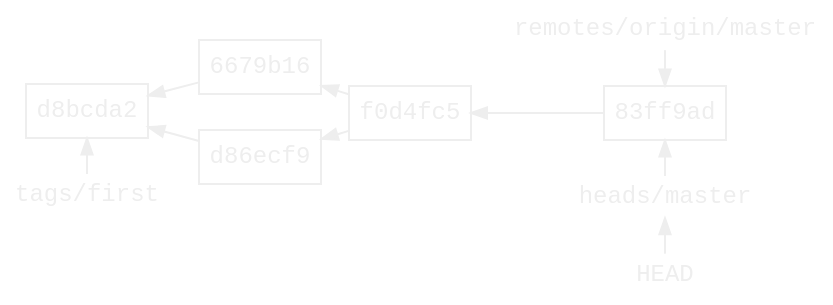
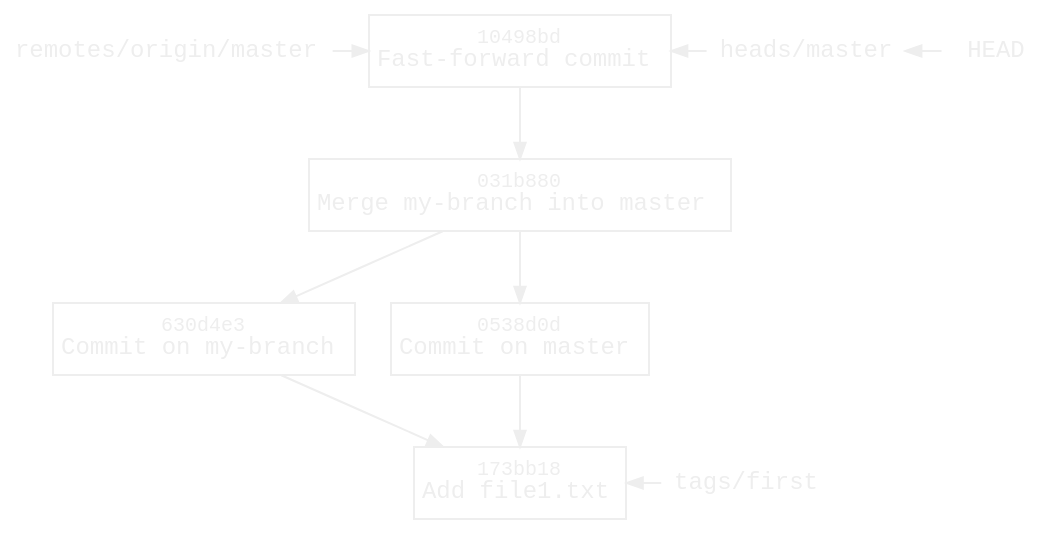
Before and after one commit to williamvds/website: the diagram in content/blog/git/remote.dot, drawn with Graphviz. The commit also changed 16 other files, not shown here.

```diff
--- a/content/blog/git/remote.dot
+++ b/content/blog/git/remote.dot
@@ -1,40 +1,44 @@
 digraph branch {
     bgcolor = transparent
     color = white
-    rankdir = RL
-    ranksep = 0.2
+
     node [fontname=monospace, fontsize=12, fontcolor="#eeeeee",
           margin="0.06,0.1", height=0, color="#eeeeee"]
     edge [fontcolor="#eeeeee", color="#eeeeee", arrowsize=0.8]
 
     node [shape=box, labeldistance=0.2]
-    "d8bcda2"
-    "6679b16"
-    "d86ecf9"
-    "f0d4fc5"
-    "83ff9ad"
+    "173bb18" [label=<<font point-size="10">173bb18</font><br/>Add file1.txt>]
+    "630d4e3" [label=<<font point-size="10">630d4e3</font><br/>Commit on my-branch>]
+    "0538d0d" [label=<<font point-size="10">0538d0d</font><br/>Commit on master>]
+    "031b880" [label=<<font point-size="10">031b880</font><br/>Merge my-branch into master>]
+    "10498bd" [label=<<font point-size="10">10498bd</font><br/>Fast-forward commit>]
 
     node [shape=none, margin=0.05, height=0, layer="refs"]
     remote_master [label="remotes/origin/master"]
     HEAD
     master [label="heads/master"]
     first [label="tags/first"]
 
-    "6679b16" -> "d8bcda2"
-    "d86ecf9" -> "d8bcda2"
-    "f0d4fc5" -> "6679b16"
-    "f0d4fc5" -> "d86ecf9"
-    "83ff9ad" -> "f0d4fc5"
+    // master
+    {
+        edge [weight=3]
+        "0538d0d" -> "173bb18"
+        "031b880" -> "0538d0d"
+        "10498bd" -> "031b880"
+    }
+
+    "630d4e3" -> "173bb18"
+    "031b880" -> "630d4e3"
 
     {
         rank = same
-        first -> "d8bcda2" [constraint=false]
+        first -> "173bb18" [constraint=false]
     }
 
     {
         rank = same
-        remote_master -> "83ff9ad"
-        master -> "83ff9ad" [constraint=false]
+        remote_master -> "10498bd"
+        master -> "10498bd" [constraint=false]
         HEAD -> master [constraint=false]
     }
 }
```
